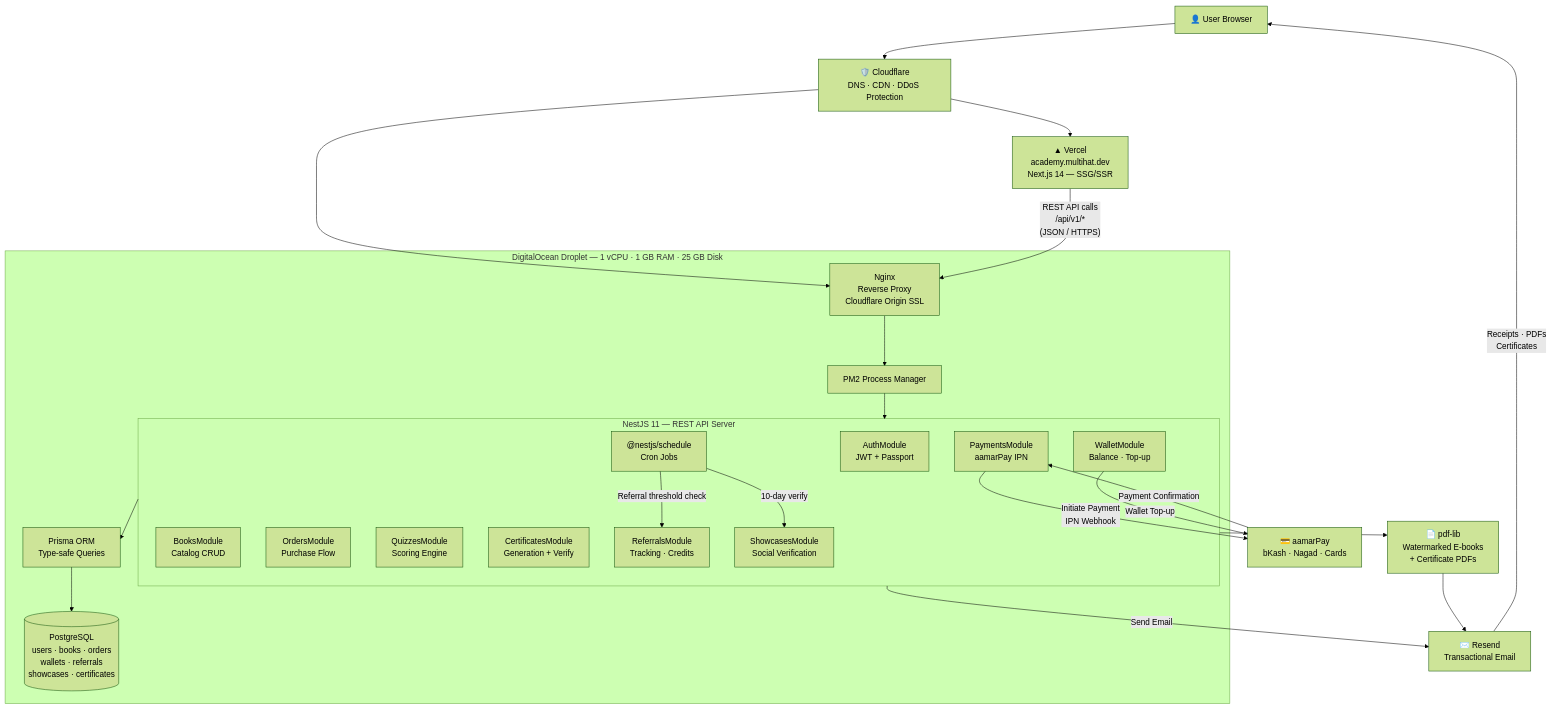
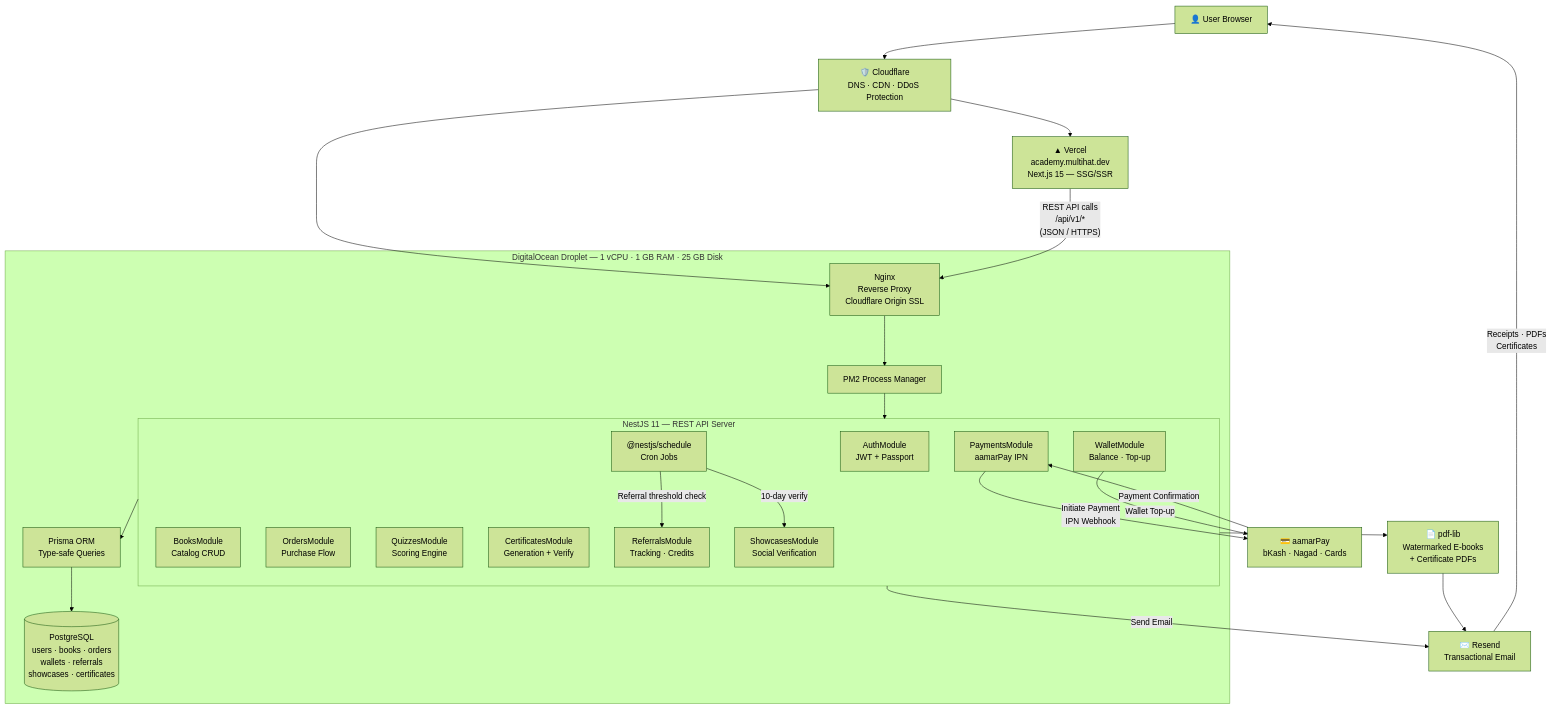
Before and after one commit to SagarBiswas-MultiHAT/academy: the diagram in diagrams/01-architecture-overview.md, drawn with Mermaid (forest theme). The commit also changed 17 other files, not shown here.

````diff
--- a/diagrams/01-architecture-overview.md
+++ b/diagrams/01-architecture-overview.md
@@ -5,47 +5,47 @@
 ```mermaid
 flowchart TB
     user["👤 User Browser"] --> cf["🛡️ Cloudflare\nDNS · CDN · DDoS Protection"]
 
-    cf --> vercel["▲ Vercel\nacademy.multihat.dev\nNext.js 14 — SSG/SSR"]
+    cf --> vercel["▲ Vercel\nacademy.multihat.dev\nNext.js 15 — SSG/SSR"]
     cf --> nginx
 
     vercel -->|"REST API calls\n/api/v1/*\n(JSON / HTTPS)"| nginx
 
     subgraph droplet["DigitalOcean Droplet — 1 vCPU · 1 GB RAM · 25 GB Disk"]
         nginx["Nginx\nReverse Proxy\nCloudflare Origin SSL"]
         pm2["PM2 Process Manager"]
 
         subgraph nestjs["NestJS 11 — REST API Server"]
             auth["AuthModule\nJWT + Passport"]
             books["BooksModule\nCatalog CRUD"]
             orders["OrdersModule\nPurchase Flow"]
             payments["PaymentsModule\naamarPay IPN"]
             quizzes["QuizzesModule\nScoring Engine"]
             certs["CertificatesModule\nGeneration + Verify"]
             wallet["WalletModule\nBalance · Top-up"]
             referrals["ReferralsModule\nTracking · Credits"]
             showcases["ShowcasesModule\nSocial Verification"]
             scheduler["@nestjs/schedule\nCron Jobs"]
         end
 
         prisma["Prisma ORM\nType-safe Queries"]
         pg[("PostgreSQL\nusers · books · orders\nwallets · referrals\nshowcases · certificates")]
     end
 
     nginx --> pm2 --> nestjs
     nestjs --> prisma --> pg
 
     payments -->|"Initiate Payment\nIPN Webhook"| pay["💳 aamarPay\nbKash · Nagad · Cards"]
     pay -->|"Payment Confirmation"| payments
     wallet -->|"Wallet Top-up"| pay
 
     nestjs --> pdfgen["📄 pdf-lib\nWatermarked E-books\n+ Certificate PDFs"]
 
     nestjs -->|"Send Email"| email["✉️ Resend\nTransactional Email"]
     pdfgen --> email
 
     email -->|"Receipts · PDFs\nCertificates"| user
 
     scheduler -->|"10-day verify"| showcases
     scheduler -->|"Referral threshold check"| referrals
 ```
````
